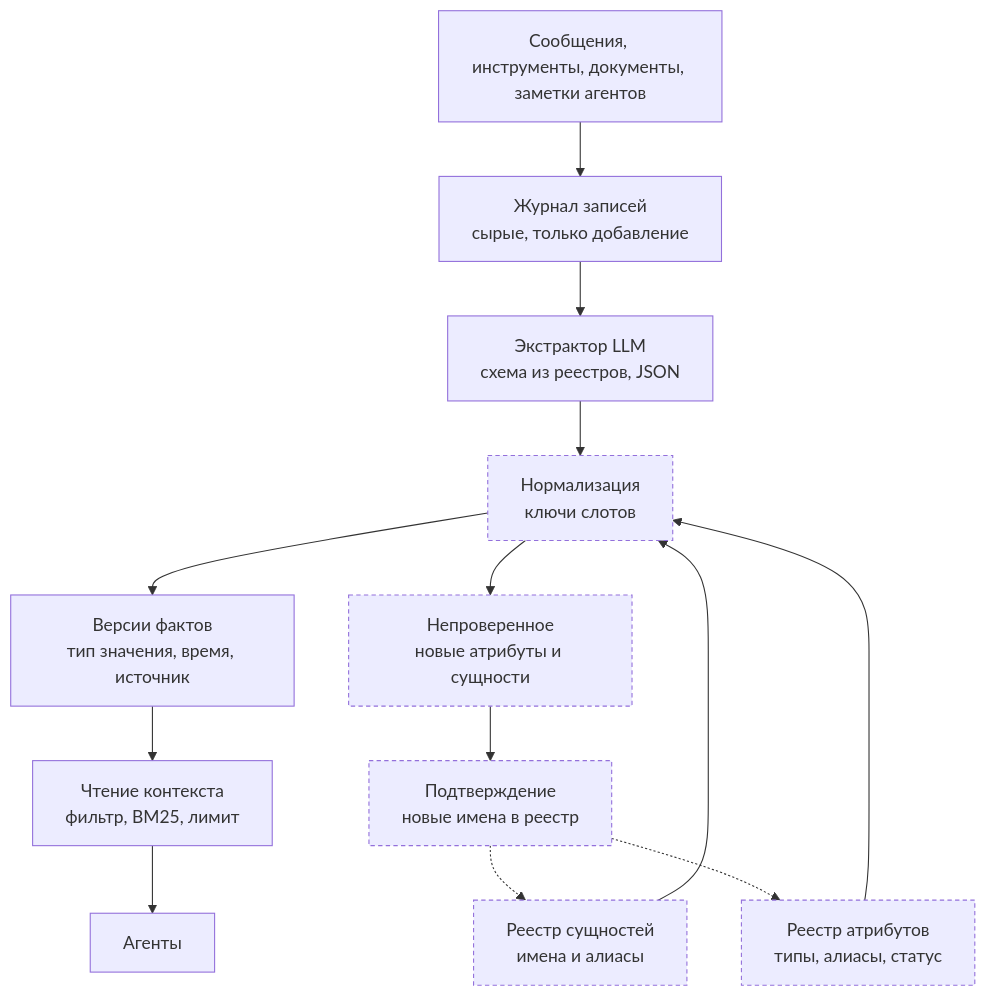
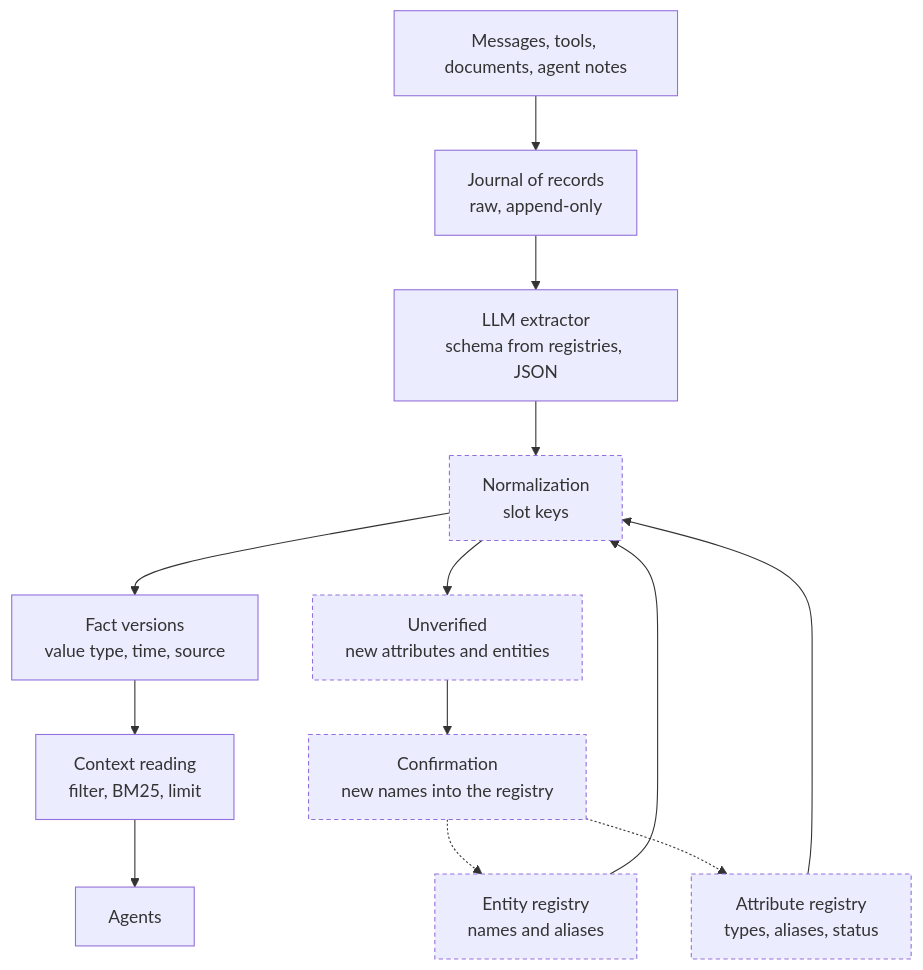
One commit to avikhorev/multi-agent-memory changed the diagram in docs/PRODUCTION.md. Above: the diagram before and after it, drawn with Mermaid. The commit also changed other lines of this file and 63 other files, not shown here.

````diff
--- a/docs/PRODUCTION.md
+++ b/docs/PRODUCTION.md
@@ -9,26 +9,26 @@
 ```mermaid
 flowchart TB
-    src["Сообщения, инструменты, документы, заметки агентов"]
-    journal["Журнал записей<br/>сырые, только добавление"]
-    extractor["Экстрактор LLM<br/>схема из реестров, JSON"]
-    ent["Реестр сущностей<br/>имена и алиасы"]
-    attr["Реестр атрибутов<br/>типы, алиасы, статус"]
-    norm["Нормализация<br/>ключи слотов"]
-    facts["Версии фактов<br/>тип значения, время, источник"]
-    unk["Непроверенное<br/>новые атрибуты и сущности"]
-    review["Подтверждение<br/>новые имена в реестр"]
-    read["Чтение контекста<br/>фильтр, BM25, лимит"]
-    agents["Агенты"]
+    src["Messages, tools, documents, agent notes"]
+    journal["Journal of records<br/>raw, append-only"]
+    extractor["LLM extractor<br/>schema from registries, JSON"]
+    ent["Entity registry<br/>names and aliases"]
+    attr["Attribute registry<br/>types, aliases, status"]
+    norm["Normalization<br/>slot keys"]
+    facts["Fact versions<br/>value type, time, source"]
+    unk["Unverified<br/>new attributes and entities"]
+    review["Confirmation<br/>new names into the registry"]
+    read["Context reading<br/>filter, BM25, limit"]
+    agents["Agents"]
 
     src --> journal --> extractor --> norm
     ent --> norm
     attr --> norm
     norm --> facts
     norm --> unk --> review
     review -.-> ent
     review -.-> attr
     facts --> read --> agents
 
     classDef new stroke-dasharray: 4 3
     class ent,attr,norm,unk,review new
 ```
````
